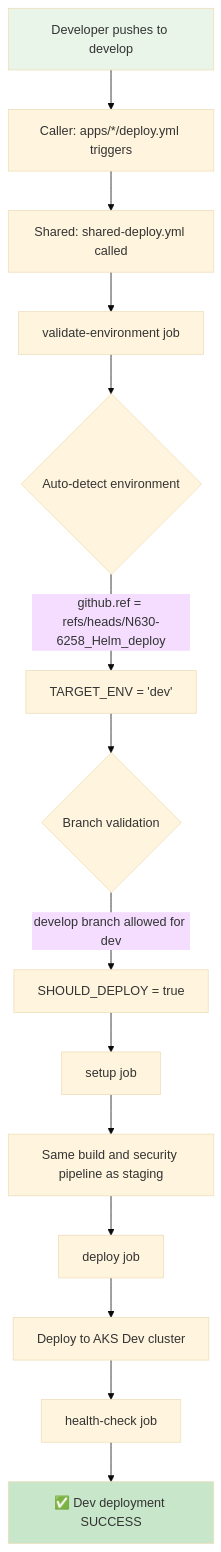
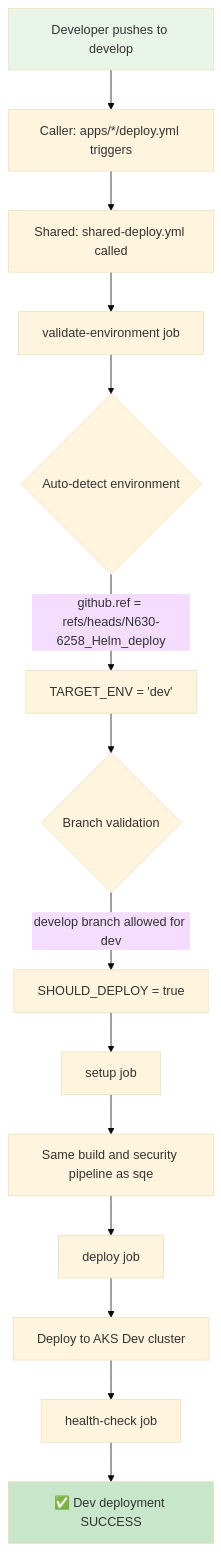
The third of 16 diagrams in docs/DEPLOYMENT_FLOWS_GUIDE.md (abhiksd/shared-workflows-testing), drawn with Mermaid (base theme) before and after one commit. The commit also changed other lines of this file and 53 other files, not shown here.

First line of the commit message:
Comprehensive migration: Change staging to sqe across entire codebase

````diff
--- a/docs/DEPLOYMENT_FLOWS_GUIDE.md
+++ b/docs/DEPLOYMENT_FLOWS_GUIDE.md
@@ -117,22 +117,22 @@
 ```mermaid
 flowchart TD
     A[Developer pushes to develop] --> B[Caller: apps/*/deploy.yml triggers]
     B --> C[Shared: shared-deploy.yml called]
     C --> D[validate-environment job]
     
     D --> E{Auto-detect environment}
     E -->|github.ref = refs/heads/N630-6258_Helm_deploy| F[TARGET_ENV = 'dev']
     
     F --> G{Branch validation}
     G -->|develop branch allowed for dev| H[SHOULD_DEPLOY = true]
     
     H --> I[setup job]
-    I --> J[Same build and security pipeline as staging]
+    I --> J[Same build and security pipeline as sqe]
     J --> K[deploy job]
     K --> L[Deploy to AKS Dev cluster]
     L --> M[health-check job]
     M --> N[✅ Dev deployment SUCCESS]
     
     style A fill:#e8f5e8
     style N fill:#c8e6c9
 ```
````
